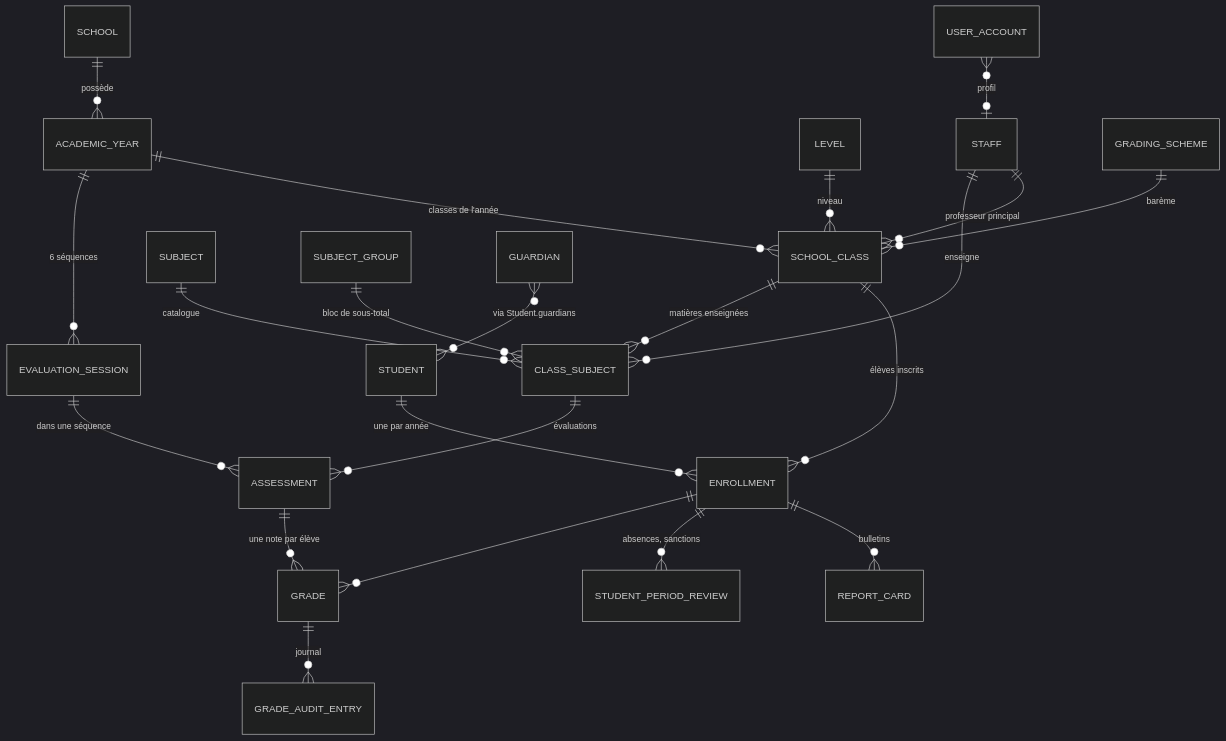
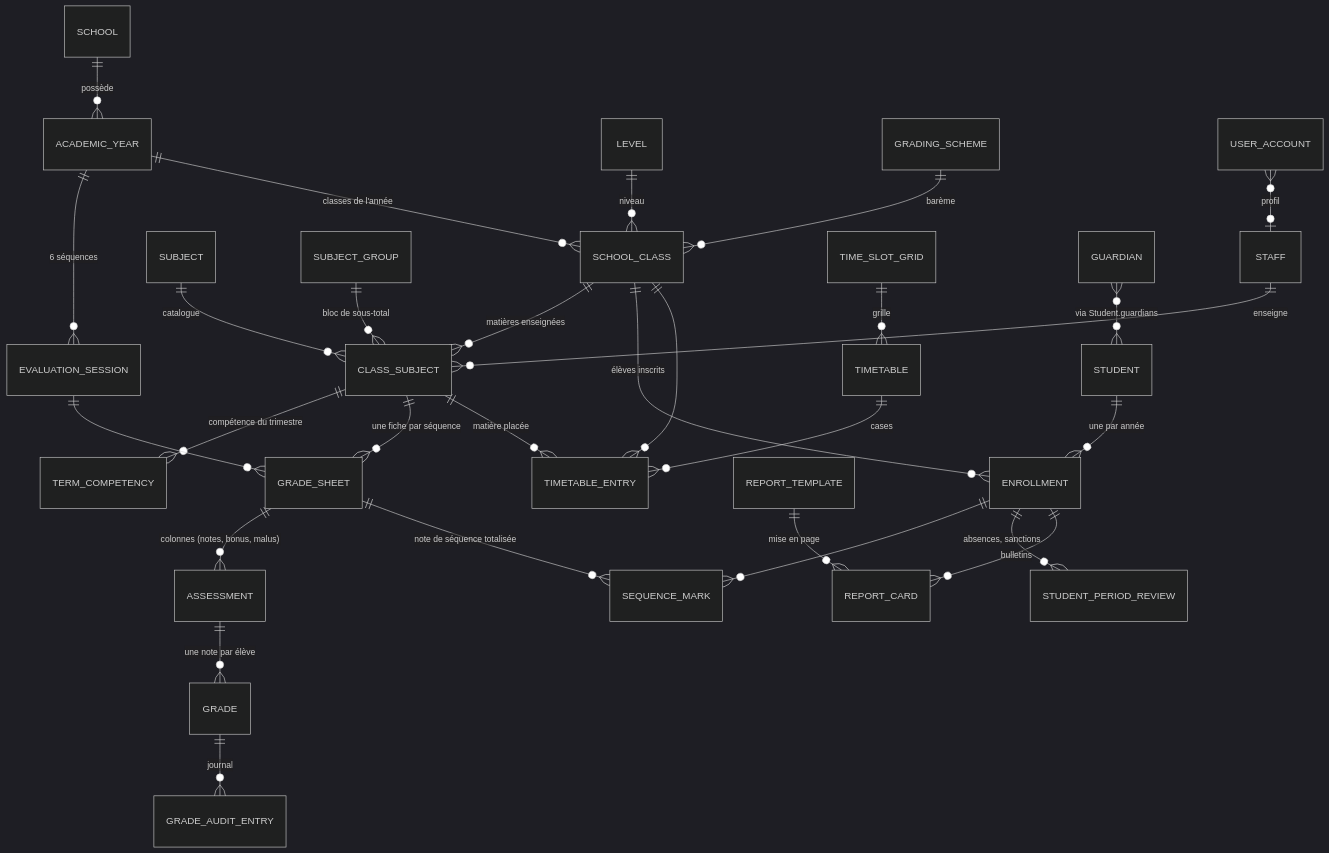
The first of 2 diagrams in docs/02-domaine-metier.md (Elshamma-Project/School-Mgmt-Back), drawn with Mermaid (dark theme) before and after one commit. The commit also changed other lines of this file and 85 other files, not shown here.

````diff
--- a/docs/02-domaine-metier.md
+++ b/docs/02-domaine-metier.md
@@ -53,24 +61,31 @@
 ```mermaid
 erDiagram
   SCHOOL ||--o{ ACADEMIC_YEAR : "possède"
   ACADEMIC_YEAR ||--o{ EVALUATION_SESSION : "6 séquences"
   ACADEMIC_YEAR ||--o{ SCHOOL_CLASS : "classes de l'année"
   LEVEL ||--o{ SCHOOL_CLASS : "niveau"
   SCHOOL_CLASS ||--o{ CLASS_SUBJECT : "matières enseignées"
   SUBJECT ||--o{ CLASS_SUBJECT : "catalogue"
   SUBJECT_GROUP ||--o{ CLASS_SUBJECT : "bloc de sous-total"
   STAFF ||--o{ CLASS_SUBJECT : "enseigne"
-  STAFF ||--o{ SCHOOL_CLASS : "professeur principal"
+  CLASS_SUBJECT ||--o{ TERM_COMPETENCY : "compétence du trimestre"
   STUDENT ||--o{ ENROLLMENT : "une par année"
   SCHOOL_CLASS ||--o{ ENROLLMENT : "élèves inscrits"
-  CLASS_SUBJECT ||--o{ ASSESSMENT : "évaluations"
-  EVALUATION_SESSION ||--o{ ASSESSMENT : "dans une séquence"
+  CLASS_SUBJECT ||--o{ GRADE_SHEET : "une fiche par séquence"
+  EVALUATION_SESSION ||--o{ GRADE_SHEET : ""
+  GRADE_SHEET ||--o{ ASSESSMENT : "colonnes (notes, bonus, malus)"
   ASSESSMENT ||--o{ GRADE : "une note par élève"
-  ENROLLMENT ||--o{ GRADE : ""
+  GRADE_SHEET ||--o{ SEQUENCE_MARK : "note de séquence totalisée"
+  ENROLLMENT ||--o{ SEQUENCE_MARK : ""
   GRADE ||--o{ GRADE_AUDIT_ENTRY : "journal"
   ENROLLMENT ||--o{ STUDENT_PERIOD_REVIEW : "absences, sanctions"
   ENROLLMENT ||--o{ REPORT_CARD : "bulletins"
+  REPORT_TEMPLATE ||--o{ REPORT_CARD : "mise en page"
   GRADING_SCHEME ||--o{ SCHOOL_CLASS : "barème"
+  TIMETABLE ||--o{ TIMETABLE_ENTRY : "cases"
+  SCHOOL_CLASS ||--o{ TIMETABLE_ENTRY : ""
+  CLASS_SUBJECT ||--o{ TIMETABLE_ENTRY : "matière placée"
+  TIME_SLOT_GRID ||--o{ TIMETABLE : "grille"
   GUARDIAN }o--o{ STUDENT : "via Student.guardians"
   USER_ACCOUNT }o--o| STAFF : "profil"
 ```
````
